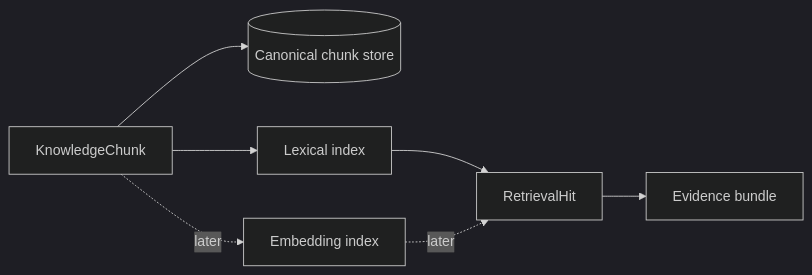
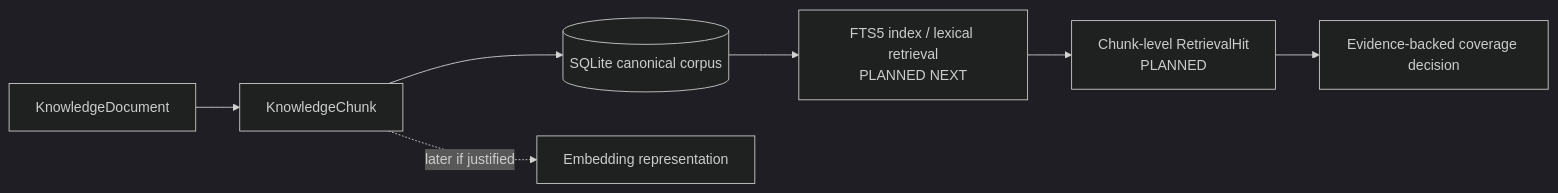
The eighth of 8 diagrams in docs/architecture/KNOWLEDGE_MODEL.md (kumarchandansingh/tropos), drawn with Mermaid (dark theme) before and after one commit. The commit also changed other lines of this file and 11 other files, not shown here.

Commit message:
feat: persist governed knowledge corpus in sqlite

````diff
--- a/docs/architecture/KNOWLEDGE_MODEL.md
+++ b/docs/architecture/KNOWLEDGE_MODEL.md
@@ -209,10 +210,9 @@
 ```mermaid
 flowchart LR
-    Chunk[KnowledgeChunk]
-    --> Store[(Canonical chunk store)]
-    Chunk --> Lex[Lexical index]
-    Chunk -. later .-> Emb[Embedding index]
-    Lex --> Hit[RetrievalHit]
-    Emb -. later .-> Hit
-    Hit --> Evidence[Evidence bundle]
+    Doc[KnowledgeDocument] --> Chunk[KnowledgeChunk]
+    Chunk --> Persist[(SQLite canonical corpus)]
+    Persist --> Lexical[FTS5 index / lexical retrieval<br/>PLANNED NEXT]
+    Lexical --> Result[Chunk-level RetrievalHit<br/>PLANNED]
+    Result --> Evidence[Evidence-backed coverage decision]
+    Chunk -. later if justified .-> Embed[Embedding representation]
 ```
````
